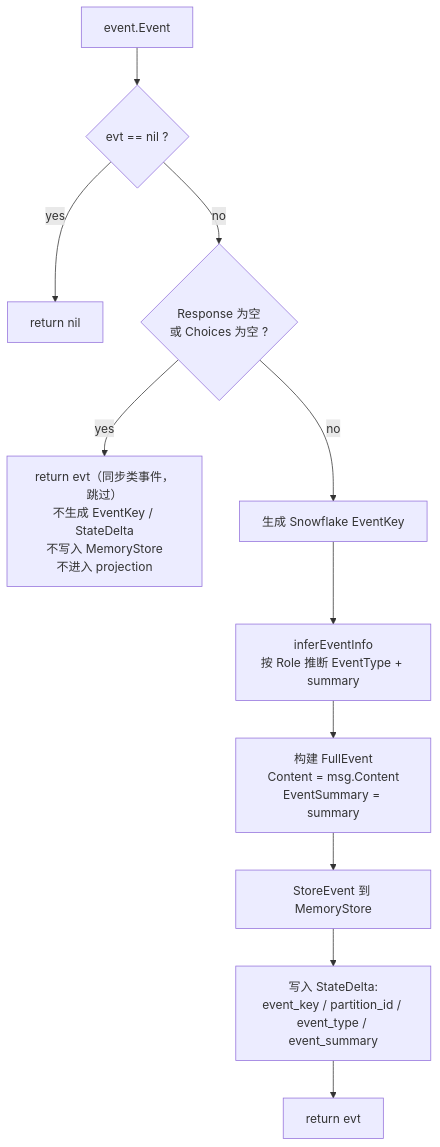
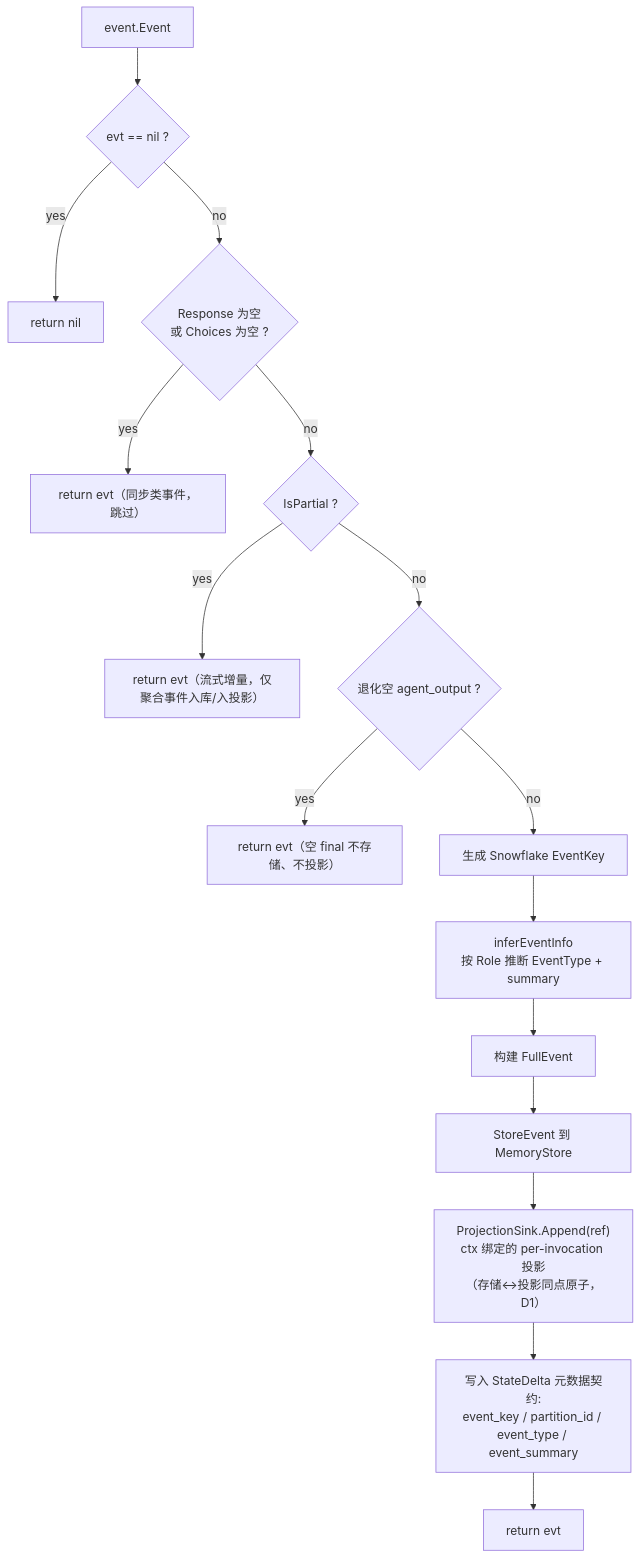
One commit to SpellingDragon/tagent changed the fourth of 7 diagrams in docs/wiki/agent/event-flow.md. Above: the diagram before and after it, drawn with Mermaid. The commit also changed other lines of this file and 5 other files, not shown here.

Commit message:
docs(wiki): reflect unified event projection (native rendering, sink, hex keys)

````diff
--- a/docs/wiki/agent/event-flow.md
+++ b/docs/wiki/agent/event-flow.md
@@ -65,13 +65,18 @@
 ```mermaid
 graph TD
     E[event.Event] --> N{evt == nil ?}
     N -- yes --> R1[return nil]
     N -- no --> P{Response 为空<br/>或 Choices 为空 ?}
-    P -- yes --> R2["return evt（同步类事件，跳过）<br/>不生成 EventKey / StateDelta<br/>不写入 MemoryStore<br/>不进入 projection"]
-    P -- no --> K["生成 Snowflake EventKey"]
+    P -- yes --> R2["return evt（同步类事件，跳过）"]
+    P -- no --> PT{IsPartial ?}
+    PT -- yes --> R4["return evt（流式增量，仅聚合事件入库/入投影）"]
+    PT -- no --> H1{退化空 agent_output ?}
+    H1 -- yes --> R5["return evt（空 final 不存储、不投影）"]
+    H1 -- no --> K["生成 Snowflake EventKey"]
     K --> I[inferEventInfo<br/>按 Role 推断 EventType + summary]
-    I --> F["构建 FullEvent<br/>Content = msg.Content<br/>EventSummary = summary"]
+    I --> F["构建 FullEvent"]
     F --> S[StoreEvent 到 MemoryStore]
-    S --> SD[写入 StateDelta:<br/>event_key / partition_id / event_type / event_summary]
+    S --> SINK["ProjectionSink.Append(ref)<br/>ctx 绑定的 per-invocation 投影<br/>（存储↔投影同点原子，D1）"]
+    SINK --> SD[写入 StateDelta 元数据契约:<br/>event_key / partition_id / event_type / event_summary]
     SD --> R3[return evt]
 ```
````
